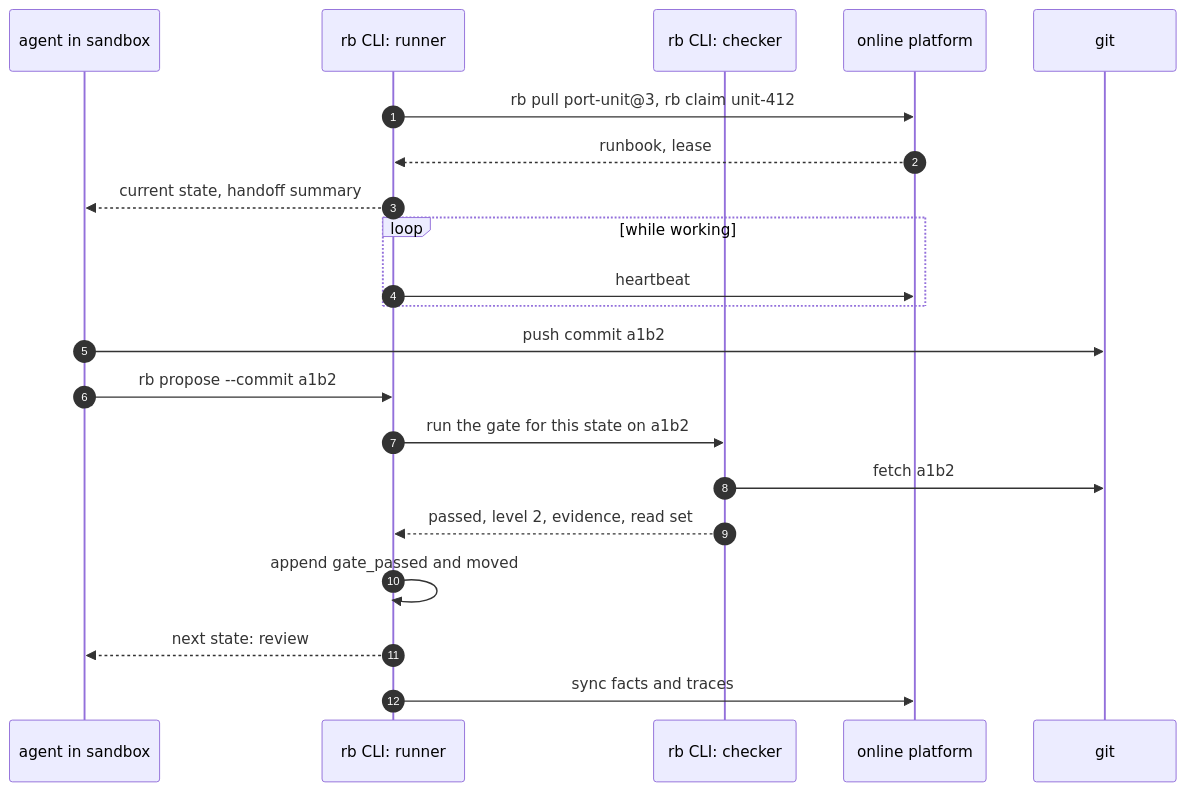
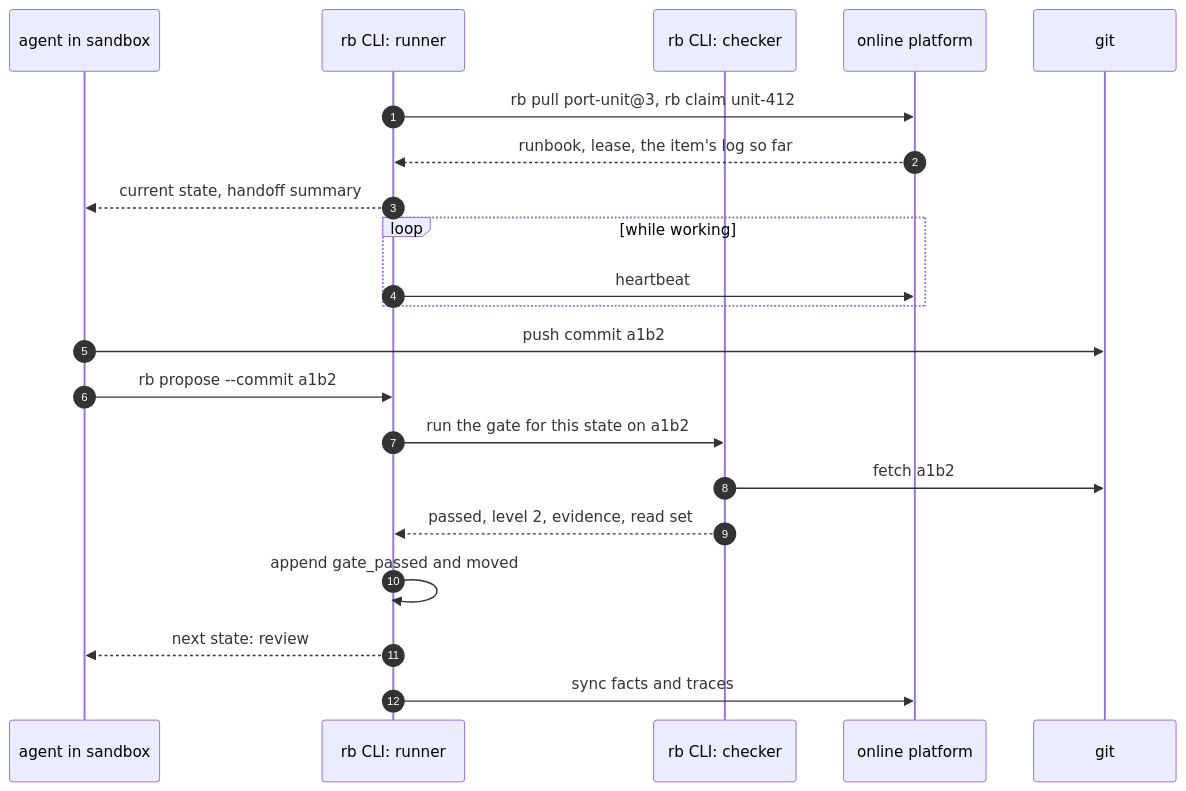
One commit to locchh/blogs changed the third of 3 diagrams in src/content/blog/what_can_we_do_with_state.md. Above: the diagram before and after it, drawn with Mermaid. The commit also changed other lines of this file, not shown here.

````diff
--- a/src/content/blog/what_can_we_do_with_state.md
+++ b/src/content/blog/what_can_we_do_with_state.md
@@ -198,23 +201,23 @@
 ```mermaid
 sequenceDiagram
   autonumber
   participant A as agent in sandbox
   participant R as rb CLI: runner
   participant C as rb CLI: checker
   participant H as online platform
   participant G as git
   R->>H: rb pull port-unit@3, rb claim unit-412
-  H-->>R: runbook, lease
+  H-->>R: runbook, lease, the item's log so far
   R-->>A: current state, handoff summary
   loop while working
     R->>H: heartbeat
   end
   A->>G: push commit a1b2
   A->>R: rb propose --commit a1b2
   R->>C: run the gate for this state on a1b2
   C->>G: fetch a1b2
   C-->>R: passed, level 2, evidence, read set
   R->>R: append gate_passed and moved
   R-->>A: next state: review
   R->>H: sync facts and traces
 ```
````
